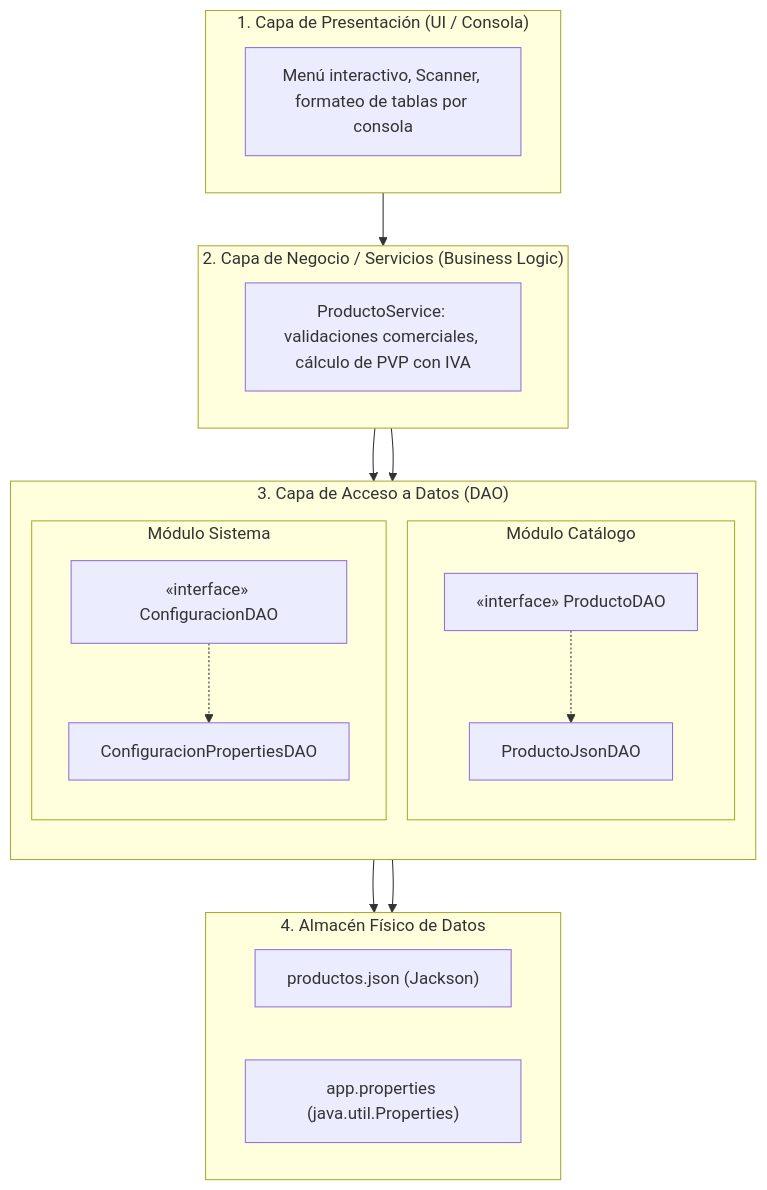
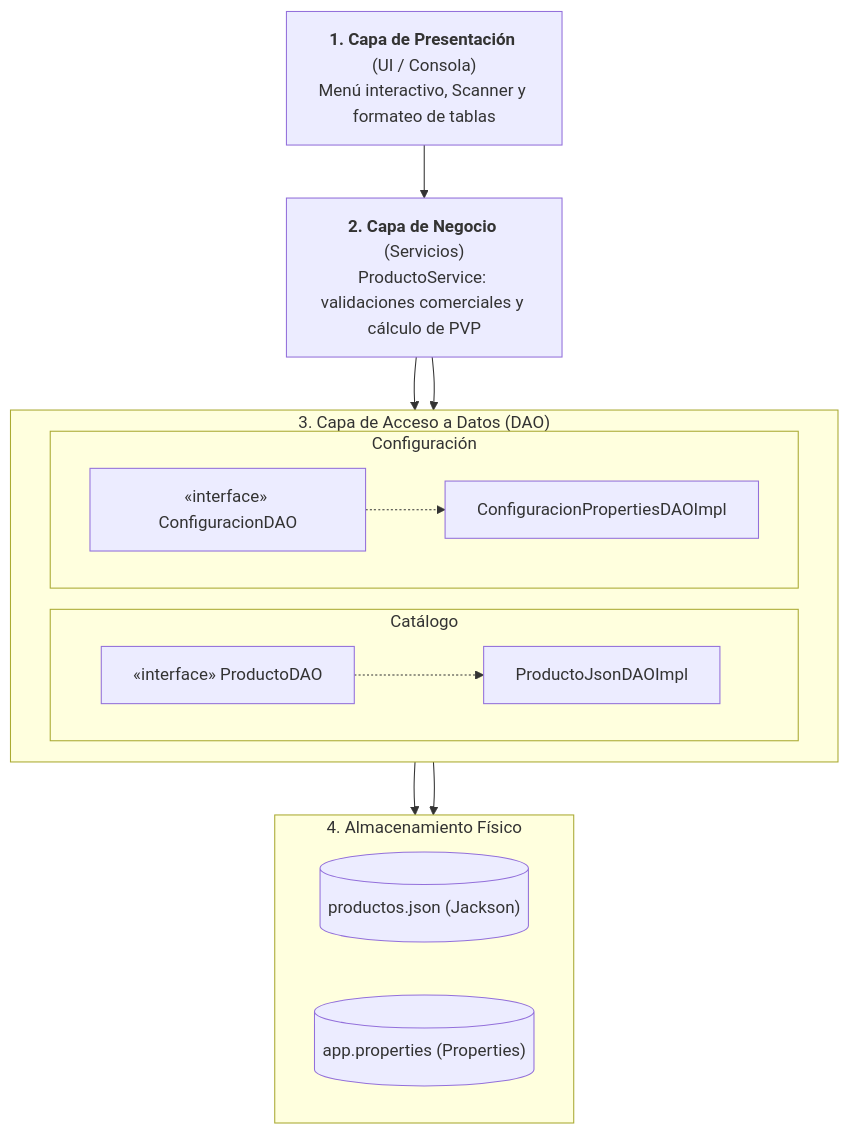
One commit to acamarac02/DevTacora changed the first of 2 diagrams in docs/02_ada_2627/ut2_manejo_ficheros/9-arquitectura-patron-dao.md. Above: the diagram before and after it, drawn with Mermaid. The commit also changed other lines of this file and 3 other files, not shown here.

````diff
--- a/docs/02_ada_2627/ut2_manejo_ficheros/9-arquitectura-patron-dao.md
+++ b/docs/02_ada_2627/ut2_manejo_ficheros/9-arquitectura-patron-dao.md
@@ -33,38 +33,32 @@
 ```mermaid
 flowchart TD
-    subgraph Presentacion["1. Capa de Presentación (UI / Consola)"]
+    UI["<b>1. Capa de Presentación</b> (UI / Consola)<br/>Menú interactivo, Scanner y formateo de tablas"]
+    
+    Service["<b>2. Capa de Negocio</b> (Servicios)<br/>ProductoService: validaciones comerciales y cálculo de PVP"]
+    
+    subgraph DAO["3. Capa de Acceso a Datos (DAO)"]
         direction LR
-        UI["Menú interactivo, Scanner, formateo de tablas por consola"]
-    end
-
-    subgraph Negocio["2. Capa de Negocio / Servicios (Business Logic)"]
-        direction LR
-        Service["ProductoService: validaciones comerciales, cálculo de PVP con IVA"]
-    end
-
-    subgraph Persistencia["3. Capa de Acceso a Datos (DAO)"]
-        direction TB
-        subgraph ModuloProductos["Módulo Catálogo"]
+        subgraph Cat["Catálogo"]
             InterfazProd["«interface» ProductoDAO"]
-            ImplJSON["ProductoJsonDAO"]
+            ImplJSON["ProductoJsonDAOImpl"]
             InterfazProd -.-> ImplJSON
         end
-        subgraph ModuloConfig["Módulo Sistema"]
+        subgraph Conf["Configuración"]
             InterfazConfig["«interface» ConfiguracionDAO"]
-            ImplProp["ConfiguracionPropertiesDAO"]
+            ImplProp["ConfiguracionPropertiesDAOImpl"]
             InterfazConfig -.-> ImplProp
         end
     end
-
-    subgraph Almacenamiento["4. Almacén Físico de Datos"]
+    
+    subgraph Storage["4. Almacenamiento Físico"]
         direction LR
-        FicheroJSON["productos.json (Jackson)"]
-        FicheroProp["app.properties (java.util.Properties)"]
+        FicheroJSON[("productos.json (Jackson)")]
+        FicheroProp[("app.properties (Properties)")]
     end
 
-    Presentacion --> Negocio
-    Negocio --> InterfazProd
-    Negocio --> InterfazConfig
+    UI --> Service
+    Service --> InterfazProd
+    Service --> InterfazConfig
     ImplJSON --> FicheroJSON
     ImplProp --> FicheroProp
 ```
````
